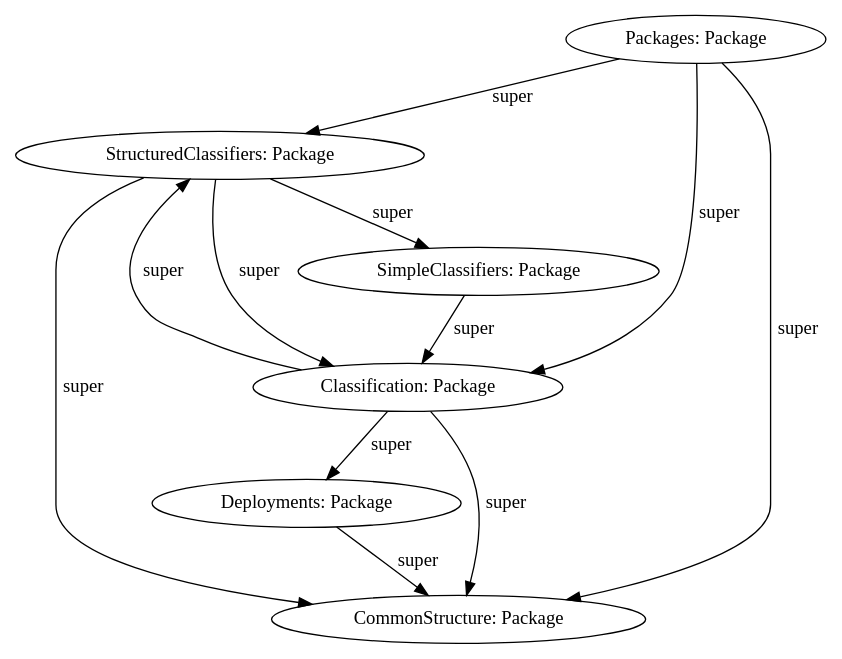
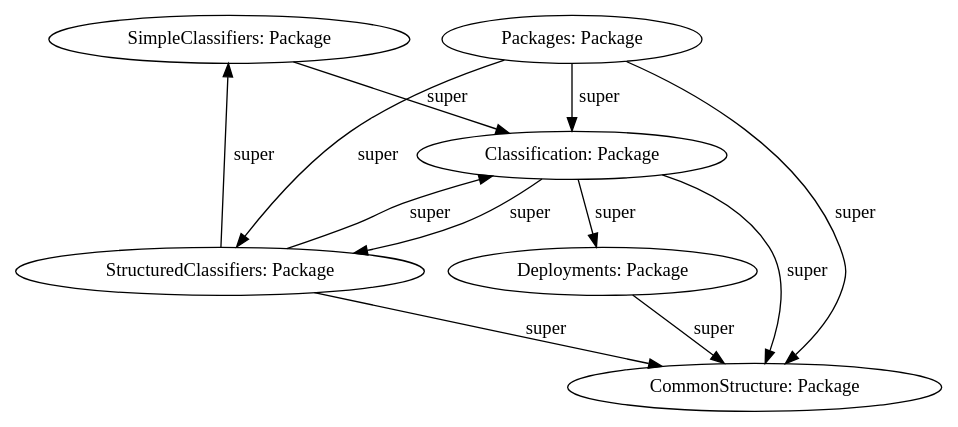
Before and after one commit to manuelohrndorf/sidiff-lifting: the diagram in research/org.sidiff.uml2.classification/slices/UML.Packages.dot, drawn with Graphviz. The commit also changed 36 other files, not shown here.

Commit message:
update uml classification to set lower bound to 0

```diff
--- a/research/org.sidiff.uml2.classification/slices/UML.Packages.dot
+++ b/research/org.sidiff.uml2.classification/slices/UML.Packages.dot
@@ -1,22 +1,22 @@
 digraph{
 {style = filled
 shape = box
 }
-"ID79aa675b" [label= "StructuredClassifiers: Package" style=solid fillcolor = white]
-"ID32a29361" [label= "Packages: Package" style=solid fillcolor = white]
-"ID6c3830ed" [label= "Deployments: Package" style=solid fillcolor = white]
-"ID46e32574" [label= "Classification: Package" style=solid fillcolor = white]
-"ID308d8de8" [label= "SimpleClassifiers: Package" style=solid fillcolor = white]
-"ID1a345c6c" [label= "CommonStructure: Package" style=solid fillcolor = white]
-ID6c3830ed -> ID1a345c6c [label = "super" style = solid color = black ]
-ID79aa675b -> ID1a345c6c [label = "super" style = solid color = black ]
-ID79aa675b -> ID308d8de8 [label = "super" style = solid color = black ]
-ID46e32574 -> ID79aa675b [label = "super" style = solid color = black ]
-ID32a29361 -> ID79aa675b [label = "super" style = solid color = black ]
-ID32a29361 -> ID1a345c6c [label = "super" style = solid color = black ]
-ID308d8de8 -> ID46e32574 [label = "super" style = solid color = black ]
-ID79aa675b -> ID46e32574 [label = "super" style = solid color = black ]
-ID46e32574 -> ID1a345c6c [label = "super" style = solid color = black ]
-ID46e32574 -> ID6c3830ed [label = "super" style = solid color = black ]
-ID32a29361 -> ID46e32574 [label = "super" style = solid color = black ]
+"ID4f5ad6b7" [label= "SimpleClassifiers: Package" style=solid fillcolor = white]
+"ID420c9959" [label= "Deployments: Package" style=solid fillcolor = white]
+"ID32f2de5c" [label= "StructuredClassifiers: Package" style=solid fillcolor = white]
+"ID3bb186b" [label= "Classification: Package" style=solid fillcolor = white]
+"ID4a2bc71f" [label= "CommonStructure: Package" style=solid fillcolor = white]
+"ID7a5a26b7" [label= "Packages: Package" style=solid fillcolor = white]
+ID420c9959 -> ID4a2bc71f [label = "super" style = solid color = black ]
+ID7a5a26b7 -> ID3bb186b [label = "super" style = solid color = black ]
+ID32f2de5c -> ID4a2bc71f [label = "super" style = solid color = black ]
+ID3bb186b -> ID4a2bc71f [label = "super" style = solid color = black ]
+ID3bb186b -> ID32f2de5c [label = "super" style = solid color = black ]
+ID32f2de5c -> ID3bb186b [label = "super" style = solid color = black ]
+ID32f2de5c -> ID4f5ad6b7 [label = "super" style = solid color = black ]
+ID4f5ad6b7 -> ID3bb186b [label = "super" style = solid color = black ]
+ID7a5a26b7 -> ID32f2de5c [label = "super" style = solid color = black ]
+ID7a5a26b7 -> ID4a2bc71f [label = "super" style = solid color = black ]
+ID3bb186b -> ID420c9959 [label = "super" style = solid color = black ]
 }
```
